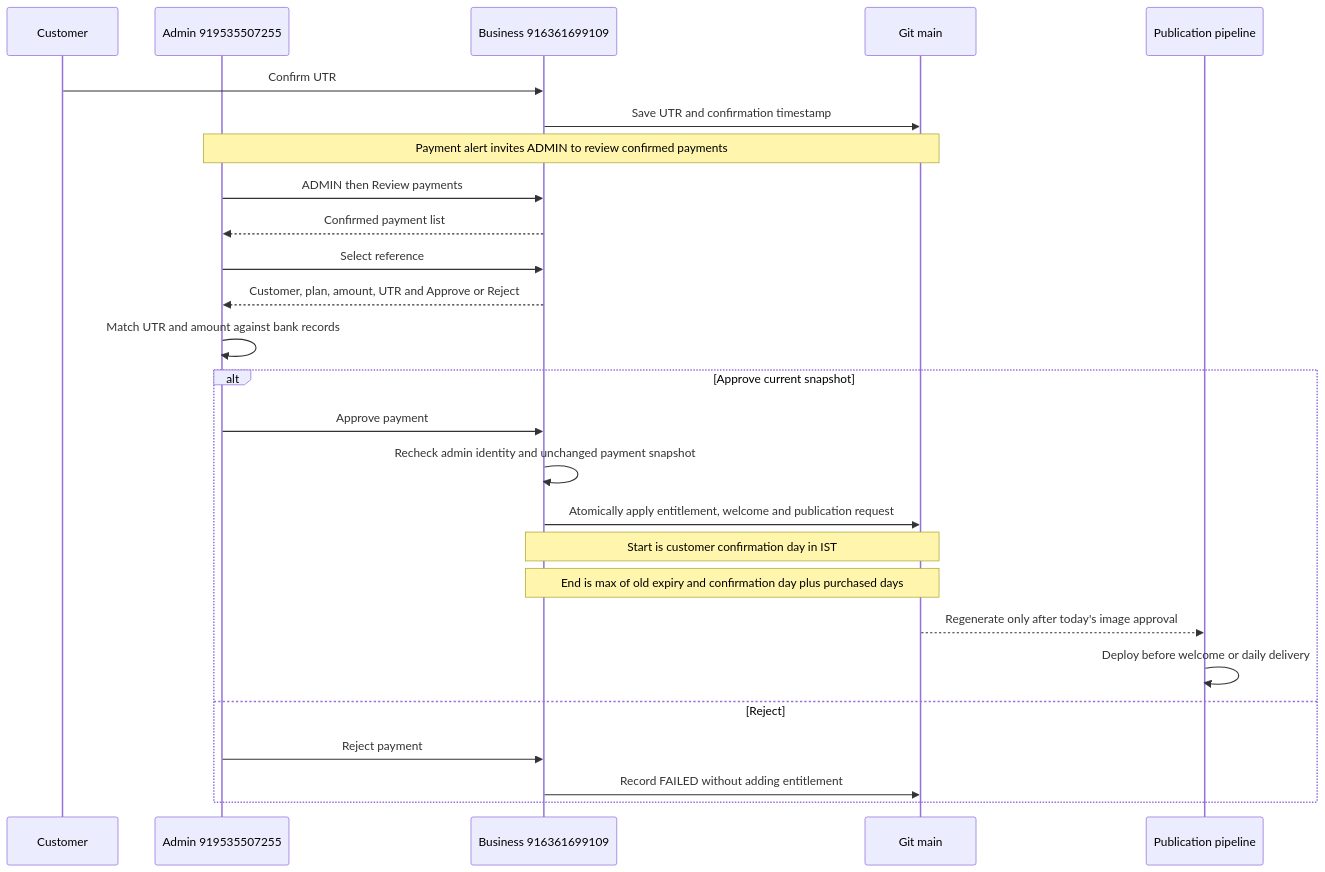
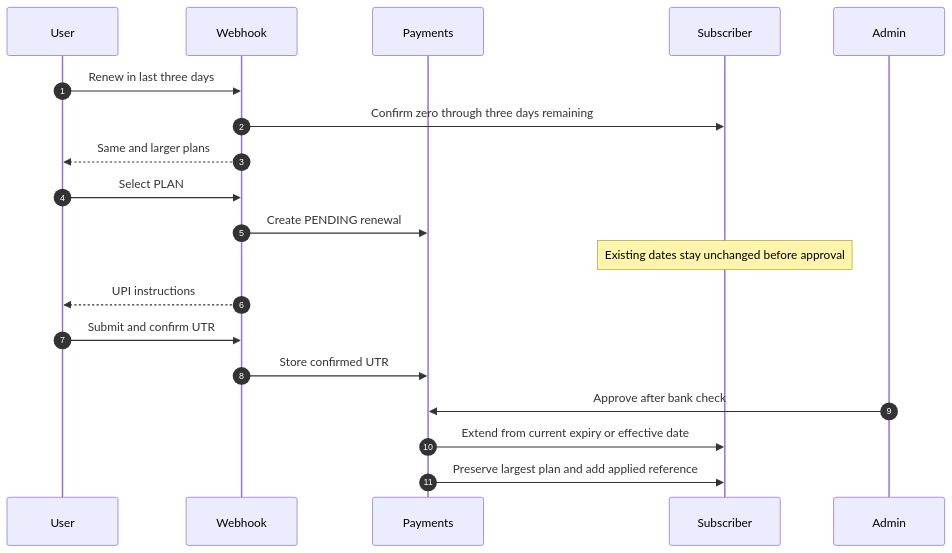
Before and after one commit to mishnit/daily-darshan: the sixth of 11 diagrams in sequence-diagrams.md, drawn with Mermaid. The commit also changed other lines of this file and 16 other files, not shown here.

````diff
--- a/sequence-diagrams.md
+++ b/sequence-diagrams.md
@@ -410,28 +236,21 @@
 ```mermaid
 sequenceDiagram
-    participant Customer
-    participant Admin as Admin 919535507255
-    participant Web as Business 916361699109
-    participant Git as Git main
-    participant Jobs as Publication pipeline
-    Customer->>Web: Confirm UTR
-    Web->>Git: Save UTR and confirmation timestamp
-    Note over Admin,Git: Payment alert invites ADMIN to review confirmed payments
-    Admin->>Web: ADMIN then Review payments
-    Web-->>Admin: Confirmed payment list
-    Admin->>Web: Select reference
-    Web-->>Admin: Customer, plan, amount, UTR and Approve or Reject
-    Admin->>Admin: Match UTR and amount against bank records
-    alt Approve current snapshot
-        Admin->>Web: Approve payment
-        Web->>Web: Recheck admin identity and unchanged payment snapshot
-        Web->>Git: Atomically apply entitlement, welcome and publication request
-        Note over Web,Git: Start is customer confirmation day in IST
-        Note over Web,Git: End is max of old expiry and confirmation day plus purchased days
-        Git-->>Jobs: Regenerate only after today's image approval
-        Jobs->>Jobs: Deploy before welcome or daily delivery
-    else Reject
-        Admin->>Web: Reject payment
-        Web->>Git: Record FAILED without adding entitlement
-    end
+    autonumber
+    participant User
+    participant Webhook
+    participant Payments
+    participant Subscriber
+    participant Admin
+    User->>Webhook: Renew in last three days
+    Webhook->>Subscriber: Confirm zero through three days remaining
+    Webhook-->>User: Same and larger plans
+    User->>Webhook: Select PLAN
+    Webhook->>Payments: Create PENDING renewal
+    Note over Subscriber: Existing dates stay unchanged before approval
+    Webhook-->>User: UPI instructions
+    User->>Webhook: Submit and confirm UTR
+    Webhook->>Payments: Store confirmed UTR
+    Admin->>Payments: Approve after bank check
+    Payments->>Subscriber: Extend from current expiry or effective date
+    Payments->>Subscriber: Preserve largest plan and add applied reference
 ```
````
